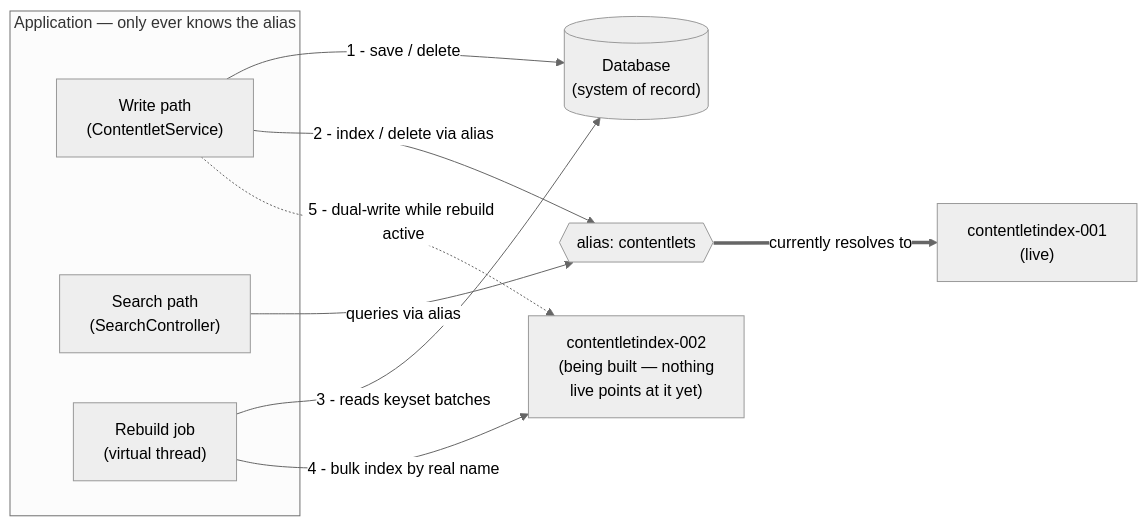
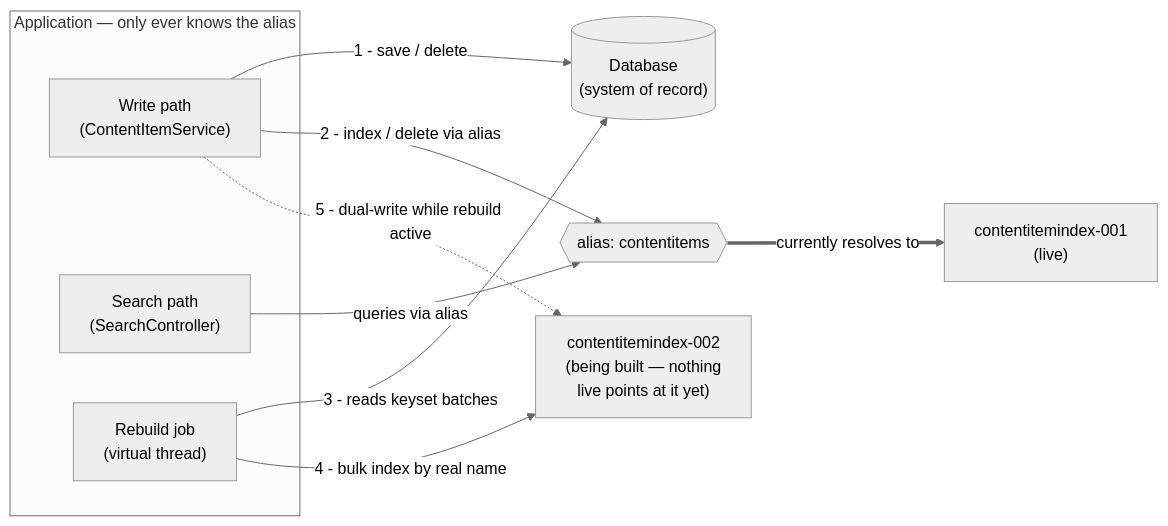
One commit to PaulDMooney/Contented_Java changed the first of 6 diagrams in docs/index-rebuild-design.md. Above: the diagram before and after it, drawn with Mermaid (neutral theme). The commit also changed other lines of this file and 108 other files, not shown here.

First line of the commit message:
refactor: Rename the Contentlet concept to ContentItem

````diff
--- a/docs/index-rebuild-design.md
+++ b/docs/index-rebuild-design.md
@@ -30,20 +30,20 @@
 ```mermaid
 flowchart LR
     subgraph app ["Application — only ever knows the alias"]
-        WS["Write path<br/>(ContentletService)"]
+        WS["Write path<br/>(ContentItemService)"]
         SS["Search path<br/>(SearchController)"]
         RJ["Rebuild job<br/>(virtual thread)"]
     end
     DB[("Database<br/>(system of record)")]
-    ALIAS{{"alias: contentlets"}}
-    OLD["contentletindex-001<br/>(live)"]
-    NEW["contentletindex-002<br/>(being built — nothing<br/>live points at it yet)"]
+    ALIAS{{"alias: contentitems"}}
+    OLD["contentitemindex-001<br/>(live)"]
+    NEW["contentitemindex-002<br/>(being built — nothing<br/>live points at it yet)"]
 
     WS -->|"1 - save / delete"| DB
     WS -->|"2 - index / delete via alias"| ALIAS
     SS -->|"queries via alias"| ALIAS
     ALIAS ==>|"currently resolves to"| OLD
     RJ -->|"3 - reads keyset batches"| DB
     RJ -->|"4 - bulk index by real name"| NEW
     WS -.->|"5 - dual-write while rebuild active"| NEW
 ```
````
